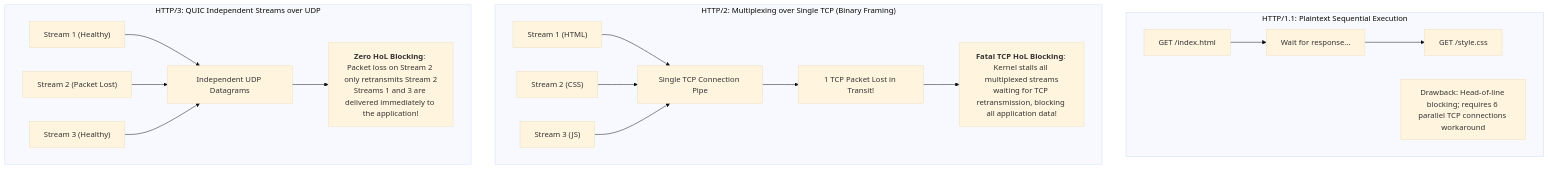
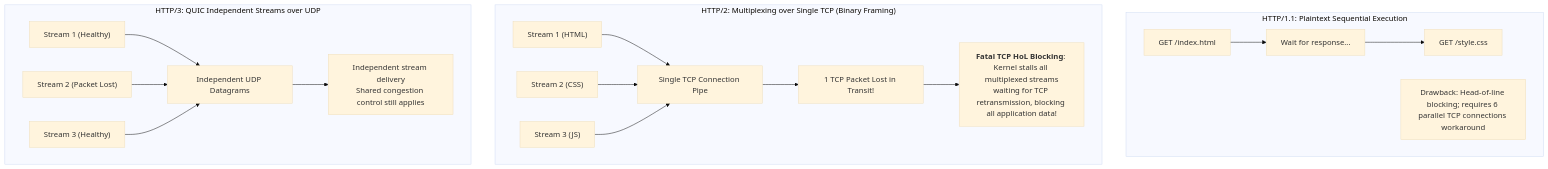
One commit to ifnodoraemon/ifnodoraemon.github.io changed the fourth of 4 diagrams in content/en/articles/tcp-congestion-control-reno-cubic-bbr-quic-http3.en.md. Above: the diagram before and after it, drawn with Mermaid (base theme). The commit also changed other lines of this file and 86 other files, not shown here.

````diff
--- a/content/en/articles/tcp-congestion-control-reno-cubic-bbr-quic-http3.en.md
+++ b/content/en/articles/tcp-congestion-control-reno-cubic-bbr-quic-http3.en.md
@@ -169,19 +170,19 @@
 ```mermaid
 flowchart TD
     subgraph HTTP1["HTTP/1.1: Plaintext Sequential Execution"]
         H1_Req1["GET /index.html"] --> H1_Wait["Wait for response..."]
         H1_Wait --> H1_Req2["GET /style.css"]
         H1_Note["Drawback: Head-of-line blocking; requires 6 parallel TCP connections workaround"]
     end
 
     subgraph HTTP2["HTTP/2: Multiplexing over Single TCP (Binary Framing)"]
         H2_Stream1["Stream 1 (HTML)"] & H2_Stream2["Stream 2 (CSS)"] & H2_Stream3["Stream 3 (JS)"] --> TCP_Pipe["Single TCP Connection Pipe"]
         TCP_Pipe --> Drop["1 TCP Packet Lost in Transit!"]
         Drop --> TCP_HoL["<b>Fatal TCP HoL Blocking</b>: Kernel stalls all multiplexed streams<br/>waiting for TCP retransmission, blocking all application data!"]
     end
 
     subgraph HTTP3["HTTP/3: QUIC Independent Streams over UDP"]
         H3_Stream1["Stream 1 (Healthy)"] & H3_Stream2["Stream 2 (Packet Lost)"] & H3_Stream3["Stream 3 (Healthy)"] --> UDP_Pipe["Independent UDP Datagrams"]
-        UDP_Pipe --> H3_Fix["<b>Zero HoL Blocking</b>: Packet loss on Stream 2 only retransmits Stream 2<br/>Streams 1 and 3 are delivered immediately to the application!"]
+        UDP_Pipe --> H3_Fix["Independent stream delivery<br/>Shared congestion control still applies"]
     end
 ```
````
